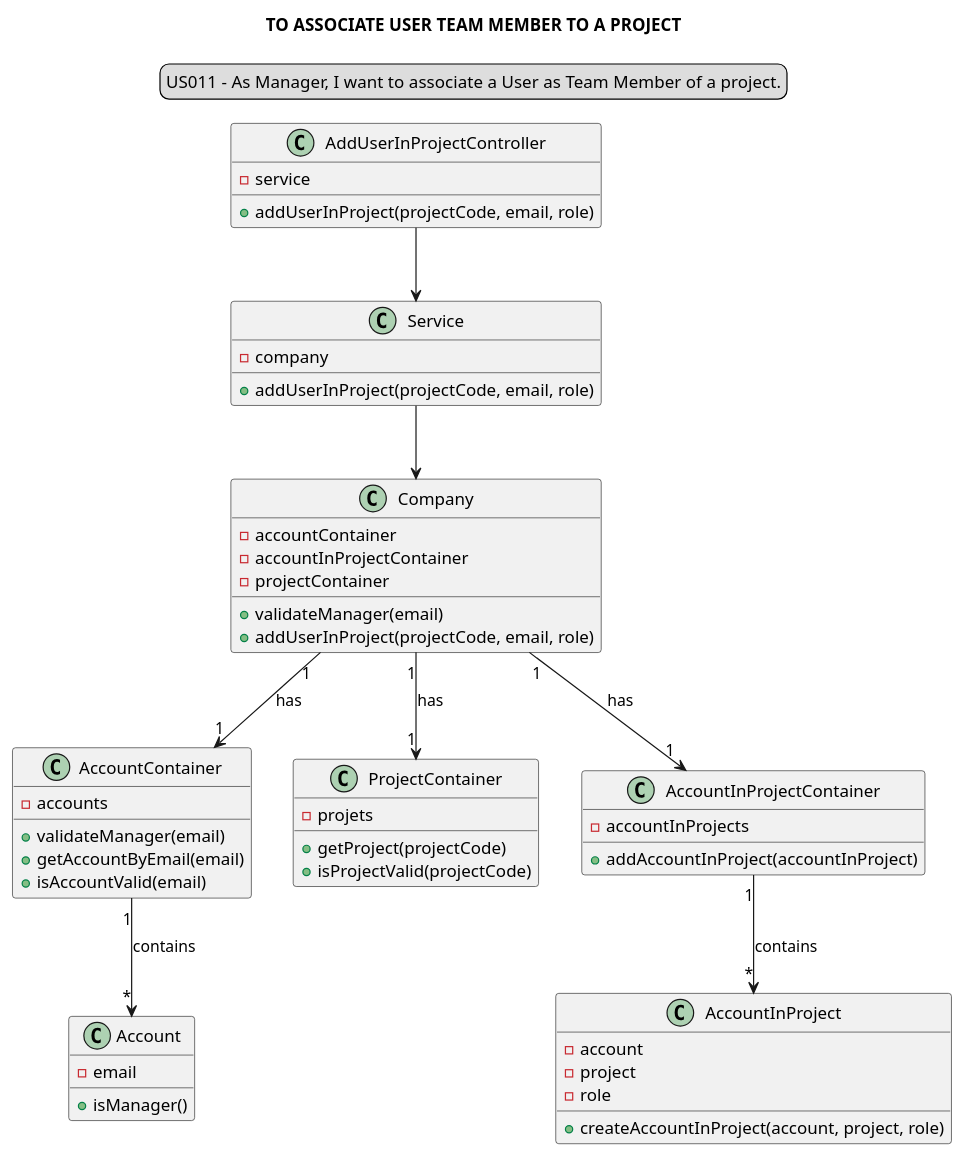
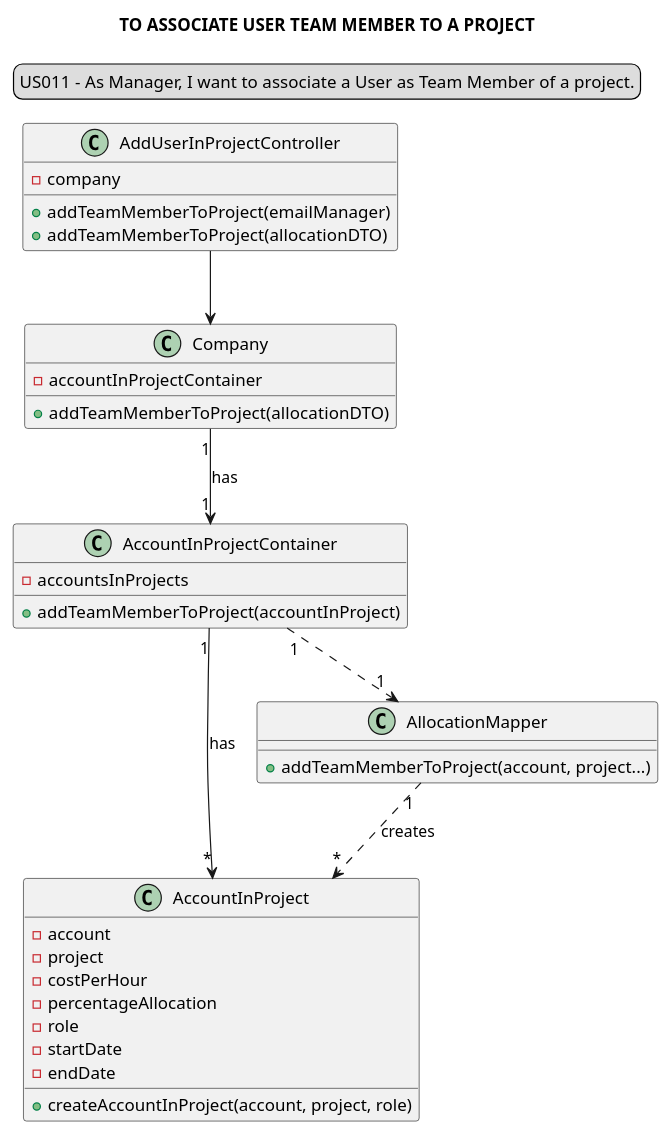
One commit to Loracline/project_switch_22-23 changed the diagram in docs/modelling_design/user_stories/us011/US011_classDiagram.puml. Above: the diagram before and after it, drawn with PlantUML. The commit also changed 2 other files, not shown here.

Commit message:
US011 : Design : refinement os Class Diagram and Sequence Diagram (addition of references and DTOs).

```diff
--- a/docs/modelling_design/user_stories/us011/US011_classDiagram.puml
+++ b/docs/modelling_design/user_stories/us011/US011_classDiagram.puml
@@ -1,65 +1,45 @@
 @startuml
 
 skinparam sequenceMessageAlign center
 title TO ASSOCIATE USER TEAM MEMBER TO A PROJECT
 legend top
 US011 - As Manager, I want to associate a User as Team Member of a project.
 end legend
 
 class AddUserInProjectController {
--service
-+addUserInProject(projectCode, email, role)
-}
-
-class Service {
-- company
-+addUserInProject(projectCode, email, role)
+-company
++addTeamMemberToProject(emailManager)
++addTeamMemberToProject(allocationDTO)
 }
 
 class Company {
--accountContainer
 -accountInProjectContainer
--projectContainer
-+ validateManager(email)
-+addUserInProject(projectCode, email, role)
++addTeamMemberToProject(allocationDTO)
 }
 
 class AccountInProject{
 -account
 -project
+-costPerHour
+-percentageAllocation
 -role
+-startDate
+-endDate
 +createAccountInProject(account, project, role)
 }
 
-class Account{
--email
-+isManager()
+class AccountInProjectContainer{
+-accountsInProjects
++addTeamMemberToProject(accountInProject)
 }
 
-class AccountContainer {
--accounts
-+ validateManager(email)
-+getAccountByEmail(email)
-+isAccountValid(email)
+class AllocationMapper {
++addTeamMemberToProject(account, project...)
 }
 
-class ProjectContainer{
--projets
-+getProject(projectCode)
-+isProjectValid(projectCode)
-}
-
-class AccountInProjectContainer{
--accountInProjects
-+addAccountInProject(accountInProject)
-}
-
-
-AddUserInProjectController --> Service
-Service --> Company
-Company "1"-->"1" AccountContainer: has
+AddUserInProjectController --> Company
 Company "1"-->"1" AccountInProjectContainer: has
-Company "1"-->"1" ProjectContainer: has
-AccountInProjectContainer "1"-->"*" AccountInProject: contains
-AccountContainer "1"-->"*" Account: contains
+AccountInProjectContainer "1"..>"1" AllocationMapper
+AllocationMapper "1"..> "*"AccountInProject: creates
+AccountInProjectContainer "1"--> "*" AccountInProject: has
 @enduml
```
